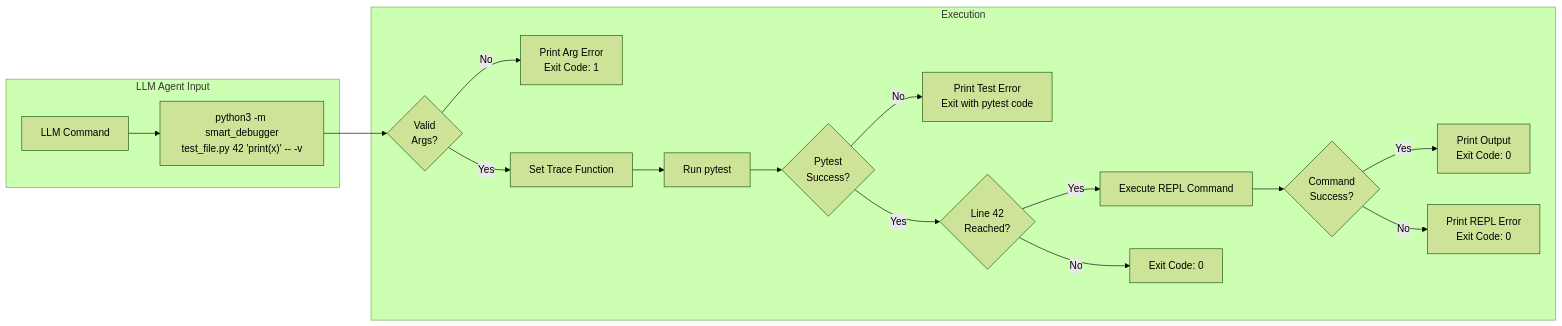
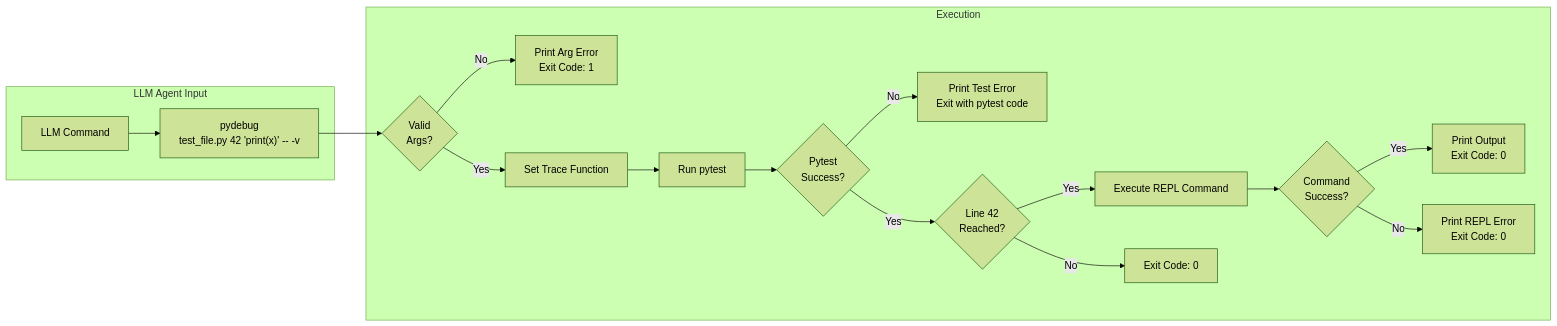
The diagram in LLM_AGENT_README.md (jakkaj/q-d-repl), drawn with Mermaid (forest theme) before and after one commit. The commit also changed other lines of this file and 11 other files, not shown here.

````diff
--- a/LLM_AGENT_README.md
+++ b/LLM_AGENT_README.md
@@ -7,21 +7,21 @@
 ```mermaid
 graph LR
     subgraph "LLM Agent Input"
-        A[LLM Command] --> B["python3 -m smart_debugger<br/>test_file.py 42 'print(x)' -- -v"]
+        A[LLM Command] --> B["pydebug<br/>test_file.py 42 'print(x)' -- -v"]
     end
     
     subgraph "Execution"
         B --> C{Valid<br/>Args?}
         C -->|No| M[Print Arg Error<br/>Exit Code: 1]
         C -->|Yes| D[Set Trace Function]
         D --> E[Run pytest]
         E --> N{Pytest<br/>Success?}
         N -->|No| O[Print Test Error<br/>Exit with pytest code]
         N -->|Yes| F{Line 42<br/>Reached?}
         F -->|Yes| G[Execute REPL Command]
         F -->|No| H[Exit Code: 0]
         G --> K{Command<br/>Success?}
         K -->|Yes| I[Print Output<br/>Exit Code: 0]
         K -->|No| L[Print REPL Error<br/>Exit Code: 0]
     end
 ```
````
